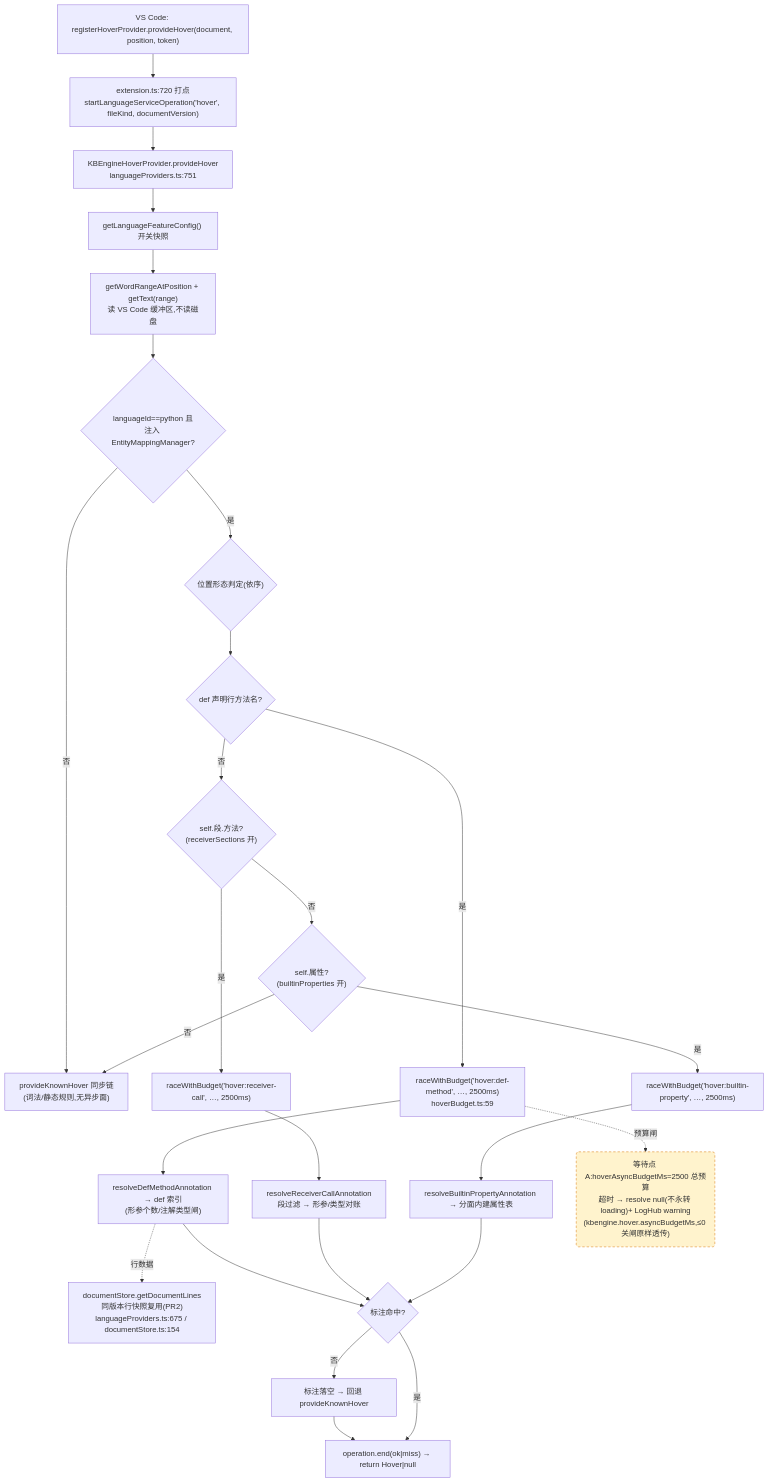
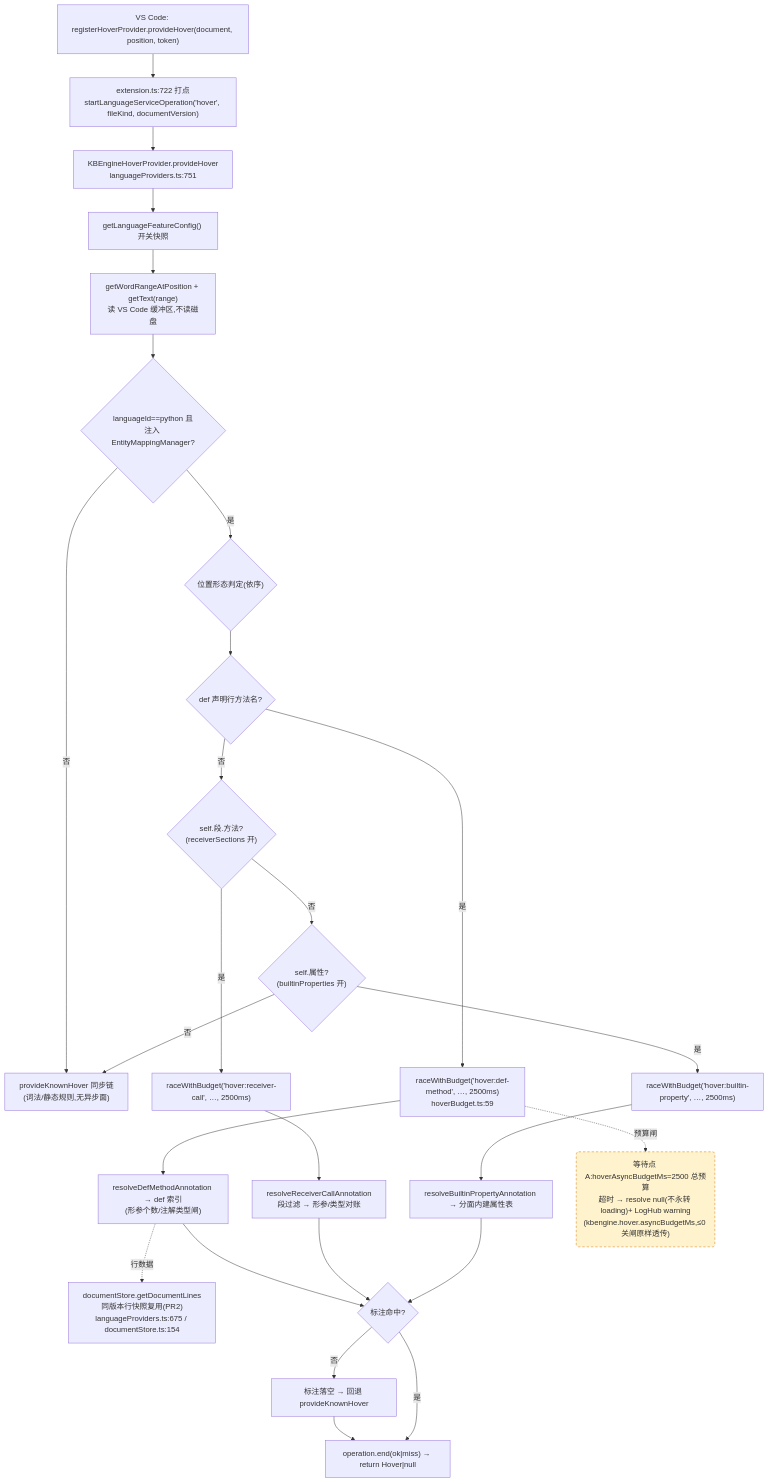
The first of 4 diagrams in docs/perf/2026-baseline.md (cuihairu/kode), drawn with Mermaid before and after one commit. The commit also changed other lines of this file and 15 other files, not shown here.

````diff
--- a/docs/perf/2026-baseline.md
+++ b/docs/perf/2026-baseline.md
@@ -82,45 +82,45 @@
 ```mermaid
 flowchart TD
   VC1["VS Code: registerHoverProvider.provideHover(document, position, token)"]
-  M1["extension.ts:720 打点<br/>startLanguageServiceOperation('hover', fileKind, documentVersion)"]
+  M1["extension.ts:722 打点<br/>startLanguageServiceOperation('hover', fileKind, documentVersion)"]
   HP["KBEngineHoverProvider.provideHover<br/>languageProviders.ts:751"]
   CFG["getLanguageFeatureConfig() 开关快照"]
   WORD["getWordRangeAtPosition + getText(range)<br/>读 VS Code 缓冲区,不读磁盘"]
   BR{"languageId==python 且<br/>注入 EntityMappingManager?"}
   KN["provideKnownHover 同步链<br/>(词法/静态规则,无异步面)"]
   POS{"位置形态判定(依序)"}
   D1{"def 声明行方法名?"}
   D2{"self.段.方法?<br/>(receiverSections 开)"}
   D3{"self.属性?<br/>(builtinProperties 开)"}
   RA1["raceWithBudget('hover:def-method', …, 2500ms)<br/>hoverBudget.ts:59"]
   RA2["raceWithBudget('hover:receiver-call', …, 2500ms)"]
   RA3["raceWithBudget('hover:builtin-property', …, 2500ms)"]
   RS1["resolveDefMethodAnnotation → def 索引<br/>(形参个数/注解类型闸)"]
   RS2["resolveReceiverCallAnnotation<br/>段过滤 → 形参/类型对账"]
   RS3["resolveBuiltinPropertyAnnotation → 分面内建属性表"]
   LINES["documentStore.getDocumentLines<br/>同版本行快照复用(PR2)<br/>languageProviders.ts:675 / documentStore.ts:154"]
   MISS["标注落空 → 回退 provideKnownHover"]
   END1["operation.end(ok|miss) → return Hover|null"]
 
   VC1 --> M1 --> HP --> CFG --> WORD --> BR
   BR -- "否" --> KN
   BR -- "是" --> POS --> D1
   D1 -- "是" --> RA1 --> RS1
   D1 -- "否" --> D2
   D2 -- "是" --> RA2 --> RS2
   D2 -- "否" --> D3
   D3 -- "是" --> RA3 --> RS3
   D3 -- "否" --> KN
   RS1 --> HIT{"标注命中?"}
   RS2 --> HIT
   RS3 --> HIT
   RS1 -.->|行数据| LINES
   HIT -- "否" --> MISS --> END1
   HIT -- "是" --> END1
 
   WAITA("等待点 A:hoverAsyncBudgetMs=2500 总预算<br/>超时 → resolve null(不永转 loading)+ LogHub warning<br/>(kbengine.hover.asyncBudgetMs,≤0 关闸原样透传)")
   RA1 -.->|预算闸| WAITA
 
   classDef waitPoint fill:#fff3cd,stroke:#d97706,stroke-dasharray:5 4;
   class WAITA waitPoint;
 ```
````
